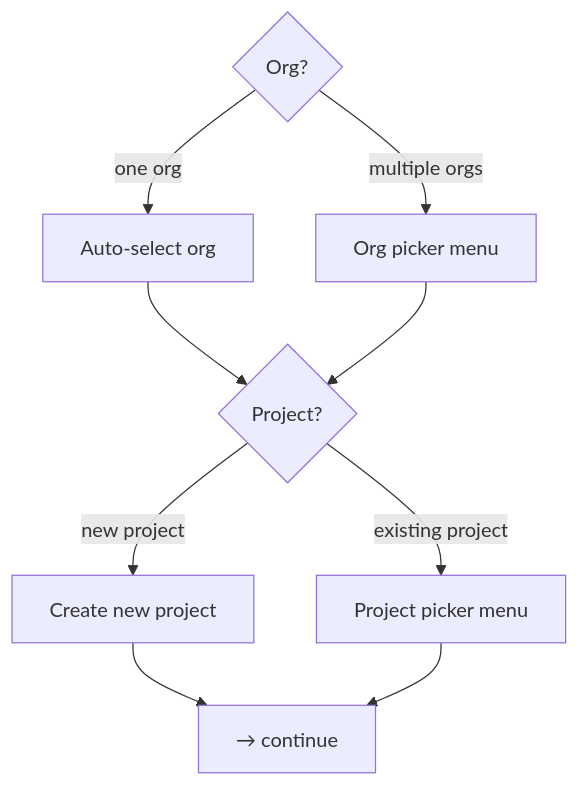
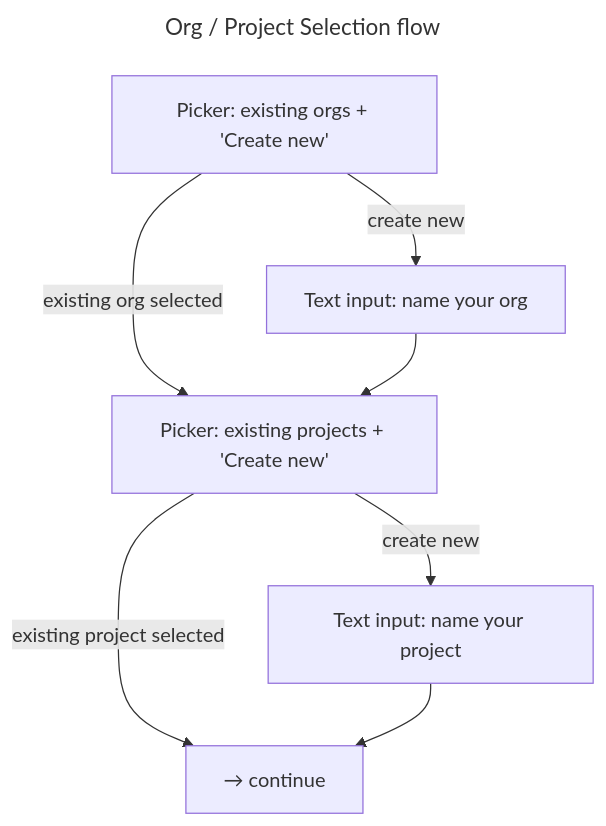
Before and after one commit to amplitude/wizard: the sixth of 8 diagrams in docs/flows.md, drawn with Mermaid. The commit also changed other lines of this file and 17 other files, not shown here.

First line of the commit message:
Add CLAUDE.md, expand flows, and update docs

````diff
--- a/docs/flows.md
+++ b/docs/flows.md
@@ -138,13 +183,14 @@
 ```mermaid
+---
+title: Org / Project Selection flow
+---
 flowchart TD
-    ORG{Org?}
-    ORG -->|one org| AUTO_ORG["Auto-select org"]
-    ORG -->|multiple orgs| ORG_PICKER["Org picker menu"]
-    AUTO_ORG --> PROJECT
-    ORG_PICKER --> PROJECT
+    ORG_PICKER["Picker: existing orgs + 'Create new'"]
+    ORG_PICKER -->|existing org selected| PROJ_PICKER
+    ORG_PICKER -->|create new| ORG_NAME["Text input: name your org"] --> PROJ_PICKER
 
-    PROJECT{Project?}
-    PROJECT -->|new project| NEW_PROJ["Create new project"] --> DONE
-    PROJECT -->|existing project| PROJ_PICKER["Project picker menu"] --> DONE
+    PROJ_PICKER["Picker: existing projects + 'Create new'"]
+    PROJ_PICKER -->|existing project selected| DONE
+    PROJ_PICKER -->|create new| PROJ_NAME["Text input: name your project"] --> DONE
     DONE["→ continue"]
 ```
````
